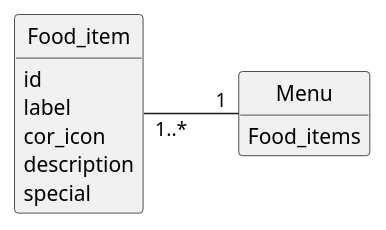
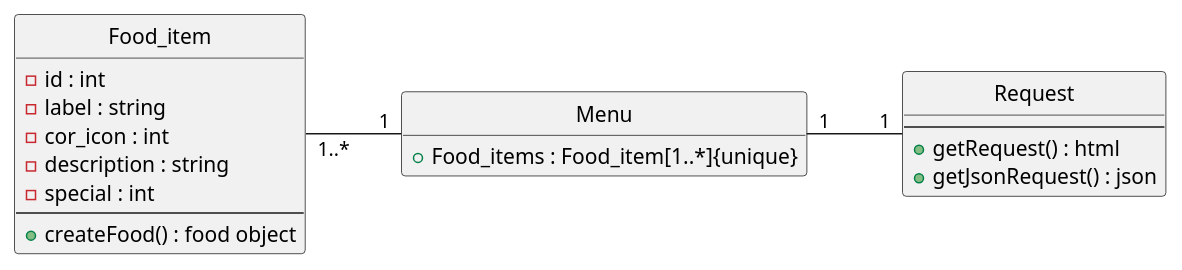
The diagram in intellij/doc/class-diagram.md (EzekielEkanem/team-1d), drawn with PlantUML before and after one commit. The commit also changed 2 other files, not shown here.

Commit message:
sequence and class diagrams

````diff
--- a/intellij/doc/class-diagram.md
+++ b/intellij/doc/class-diagram.md
@@ -1,22 +1,30 @@
 ```plantuml
 @startuml
 hide circle
 hide empty methods
 
 ' classes
 class Menu{
-Food_items
++Food_items : Food_item[1..*]{unique}
 }
 class Food_item{
-id
-label
-cor_icon
-description
-special
+-id : int
+-label : string
+-cor_icon : int
+-description : string
+-special : int
+--
++createFood() : food object
+}
+class Request{
+--
++getRequest() : html
++getJsonRequest() : json
 }
 
 ' associations
 Food_item "1..*" - "1" Menu : \t
+Menu "1" - "1" Request : \t
 
 @end
 ```
````
